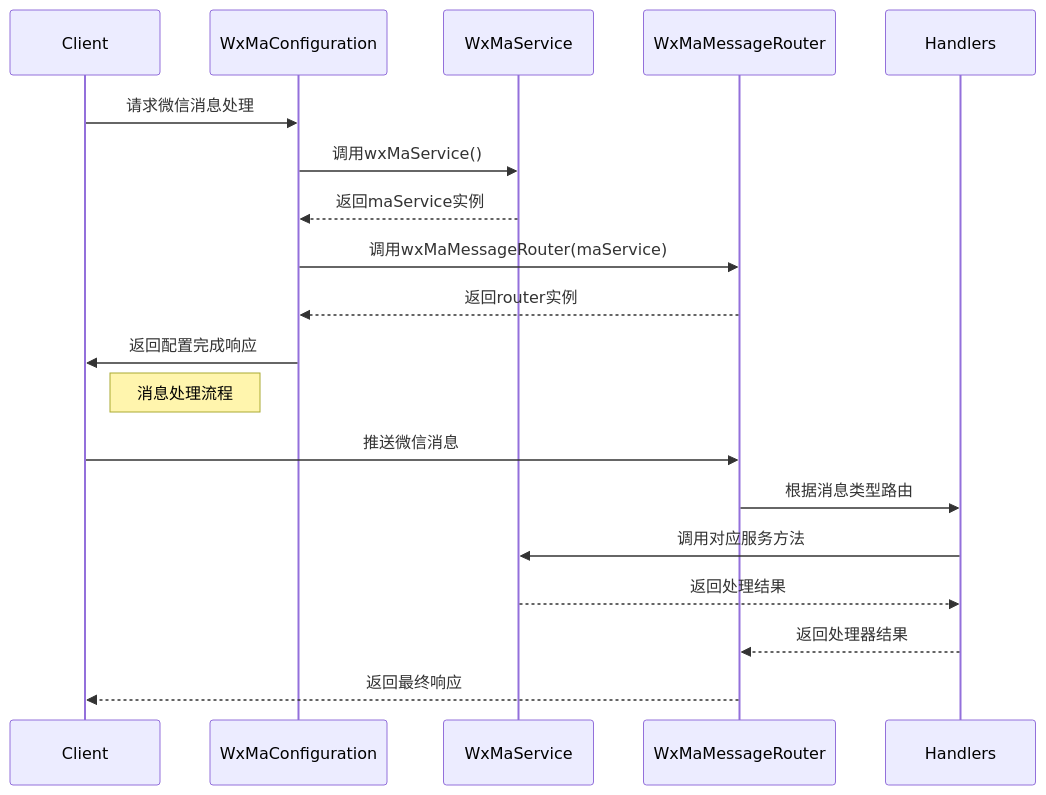
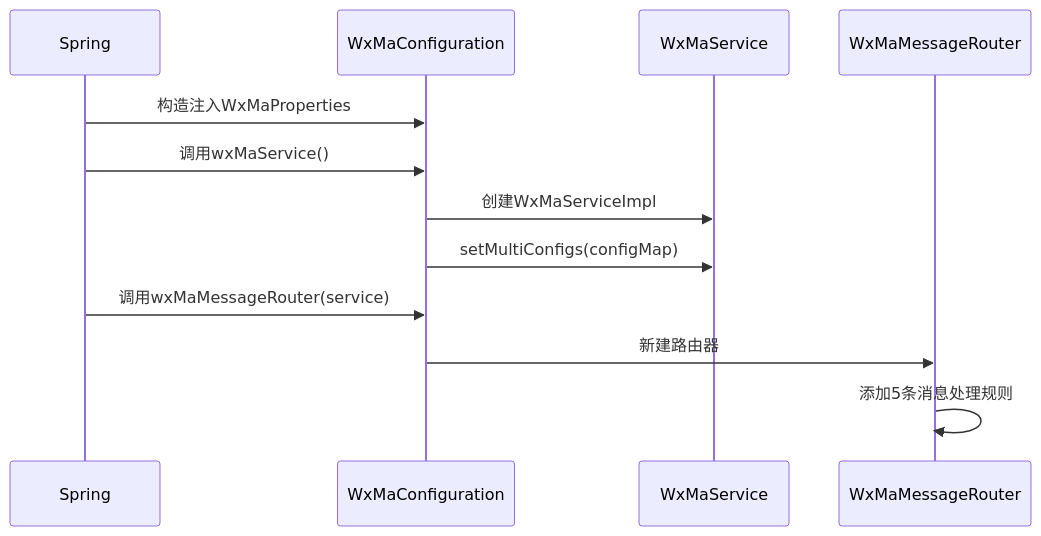
Before and after one commit to v-wjrong/rongwj666_weixin-java-miniapp-demo: the third of 3 diagrams in docs/zh/docs/src/main/java/com/github/binarywang/demo/wx/miniapp/config/WxMaConfiguration.md, drawn with Mermaid. The commit also changed other lines of this file and 49 other files, not shown here.

````diff
--- a/docs/zh/docs/src/main/java/com/github/binarywang/demo/wx/miniapp/config/WxMaConfiguration.md
+++ b/docs/zh/docs/src/main/java/com/github/binarywang/demo/wx/miniapp/config/WxMaConfiguration.md
@@ -153,23 +150,15 @@
 ```mermaid
 sequenceDiagram
-    participant C as Client
-    participant W as WxMaConfiguration
-    participant S as WxMaService
-    participant R as WxMaMessageRouter
-    participant H as Handlers
+    participant Spring
+    participant Config as WxMaConfiguration
+    participant Service as WxMaService
+    participant Router as WxMaMessageRouter
 
-    C->>W: 请求微信消息处理
-    W->>S: 调用wxMaService()
-    S-->>W: 返回maService实例
-    W->>R: 调用wxMaMessageRouter(maService)
-    R-->>W: 返回router实例
-    W->>C: 返回配置完成响应
-
-    Note right of C: 消息处理流程
-    C->>R: 推送微信消息
-    R->>H: 根据消息类型路由
-    H->>S: 调用对应服务方法
-    S-->>H: 返回处理结果
-    H-->>R: 返回处理器结果
-    R-->>C: 返回最终响应
+    Spring->>Config: 构造注入WxMaProperties
+    Spring->>Config: 调用wxMaService()
+    Config->>Service: 创建WxMaServiceImpl
+    Config->>Service: setMultiConfigs(configMap)
+    Spring->>Config: 调用wxMaMessageRouter(service)
+    Config->>Router: 新建路由器
+    Router->>Router: 添加5条消息处理规则
 ```
````
